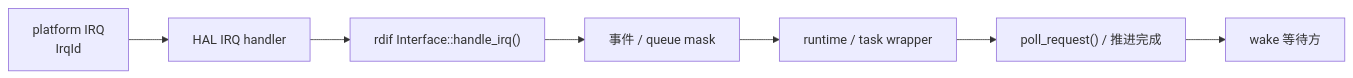
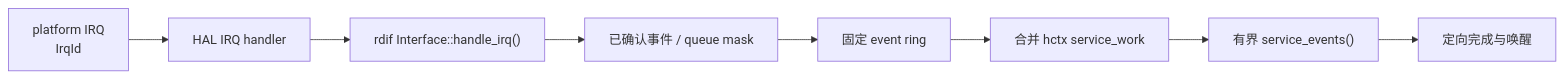
Before and after one commit to rcore-os/tgoskits: the second of 2 diagrams in docs/docs/architecture/driver/irq.md, drawn with Mermaid. The commit also changed other lines of this file and 640 other files, not shown here.

````diff
--- a/docs/docs/architecture/driver/irq.md
+++ b/docs/docs/architecture/driver/irq.md
@@ -137,9 +143,10 @@
 ```mermaid
 flowchart LR
     Irq["platform IRQ<br/>IrqId"] --> Handler["HAL IRQ handler"]
     Handler --> Rdif["rdif Interface::handle_irq()"]
-    Rdif --> Event["事件 / queue mask"]
-    Event --> Runtime["runtime / task wrapper"]
-    Runtime --> Poll["poll_request() / 推进完成"]
-    Poll --> Wake["wake 等待方"]
+    Rdif --> Event["已确认事件 / queue mask"]
+    Event --> Ring["固定 event ring"]
+    Ring --> Work["合并 hctx service_work"]
+    Work --> Service["有界 service_events()"]
+    Service --> Wake["定向完成与唤醒"]
 ```
````
